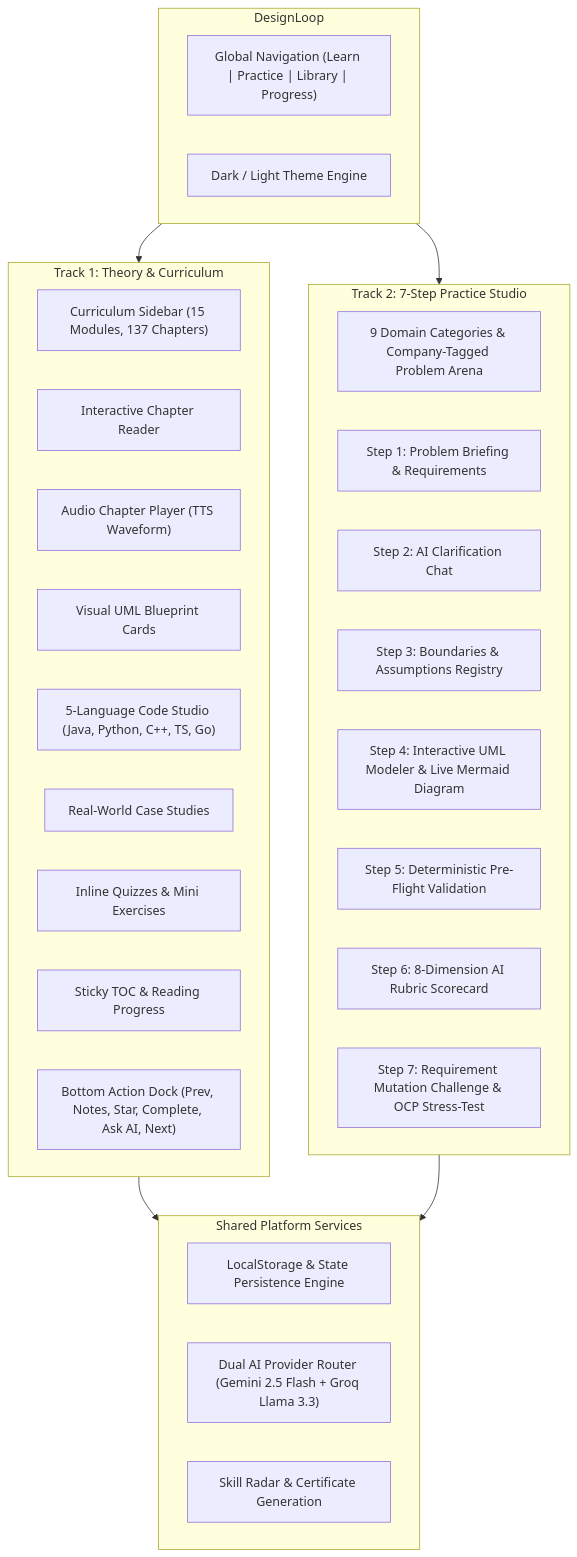
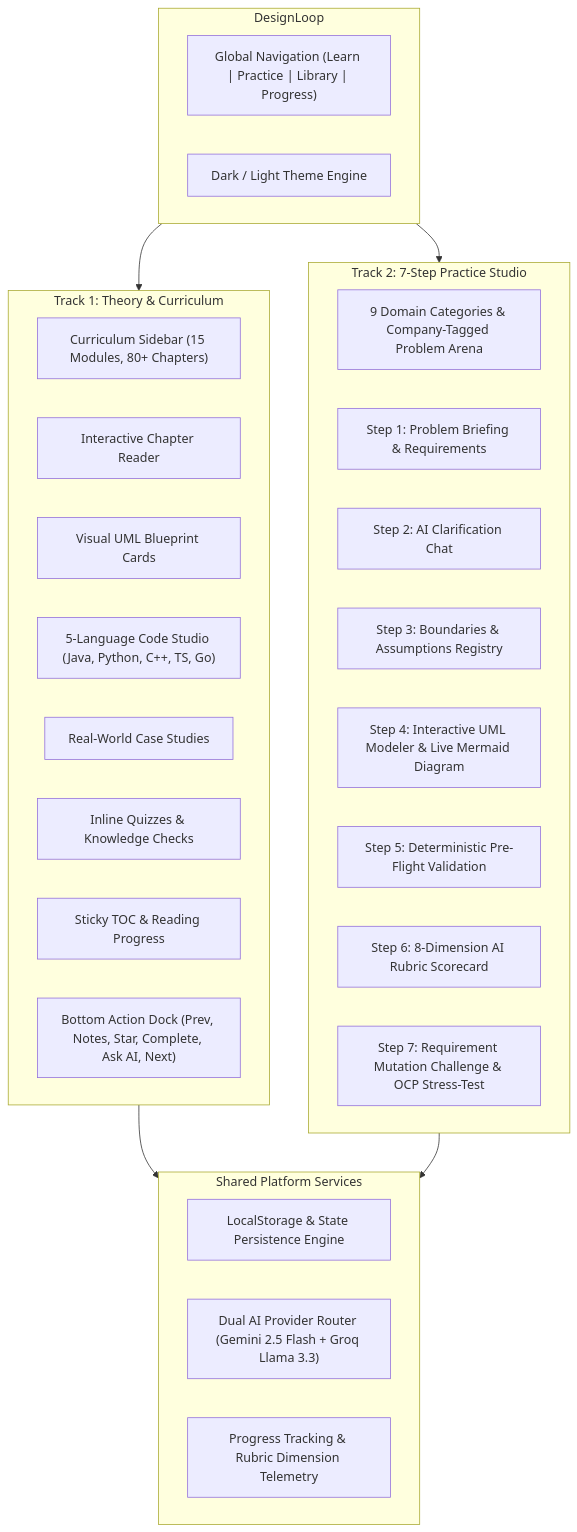
One commit to SachinManral/DesignLoop changed the diagram in docs/PRD.md. Above: the diagram before and after it, drawn with Mermaid. The commit also changed other lines of this file and 6 other files, not shown here.

````diff
--- a/docs/PRD.md
+++ b/docs/PRD.md
@@ -7,41 +7,40 @@
 ```mermaid
 flowchart TD
     subgraph GlobalPlatform ["DesignLoop"]
         Nav["Global Navigation (Learn | Practice | Library | Progress)"]
         Theme["Dark / Light Theme Engine"]
     end
 
     subgraph LearnTrack ["Track 1: Theory & Curriculum"]
-        L_Sidebar["Curriculum Sidebar (15 Modules, 137 Chapters)"]
+        L_Sidebar["Curriculum Sidebar (15 Modules, 80+ Chapters)"]
         L_Reader["Interactive Chapter Reader"]
-        L_Audio["Audio Chapter Player (TTS Waveform)"]
         L_UML["Visual UML Blueprint Cards"]
         L_Code["5-Language Code Studio (Java, Python, C++, TS, Go)"]
         L_CaseStudy["Real-World Case Studies"]
-        L_Interactivity["Inline Quizzes & Mini Exercises"]
+        L_Interactivity["Inline Quizzes & Knowledge Checks"]
         L_RightTOC["Sticky TOC & Reading Progress"]
         L_Dock["Bottom Action Dock (Prev, Notes, Star, Complete, Ask AI, Next)"]
     end
 
     subgraph PracticeTrack ["Track 2: 7-Step Practice Studio"]
         P_Catalog["9 Domain Categories & Company-Tagged Problem Arena"]
         P_Step1["Step 1: Problem Briefing & Requirements"]
         P_Step2["Step 2: AI Clarification Chat"]
         P_Step3["Step 3: Boundaries & Assumptions Registry"]
         P_Step4["Step 4: Interactive UML Modeler & Live Mermaid Diagram"]
         P_Step5["Step 5: Deterministic Pre-Flight Validation"]
         P_Step6["Step 6: 8-Dimension AI Rubric Scorecard"]
         P_Step7["Step 7: Requirement Mutation Challenge & OCP Stress-Test"]
     end
 
     subgraph CoreServices ["Shared Platform Services"]
         StateService["LocalStorage & State Persistence Engine"]
         AIRouter["Dual AI Provider Router (Gemini 2.5 Flash + Groq Llama 3.3)"]
-        ProgressAggregator["Skill Radar & Certificate Generation"]
+        ProgressAggregator["Progress Tracking & Rubric Dimension Telemetry"]
     end
 
     GlobalPlatform --> LearnTrack
     GlobalPlatform --> PracticeTrack
     LearnTrack --> CoreServices
     PracticeTrack --> CoreServices
 ```
````
